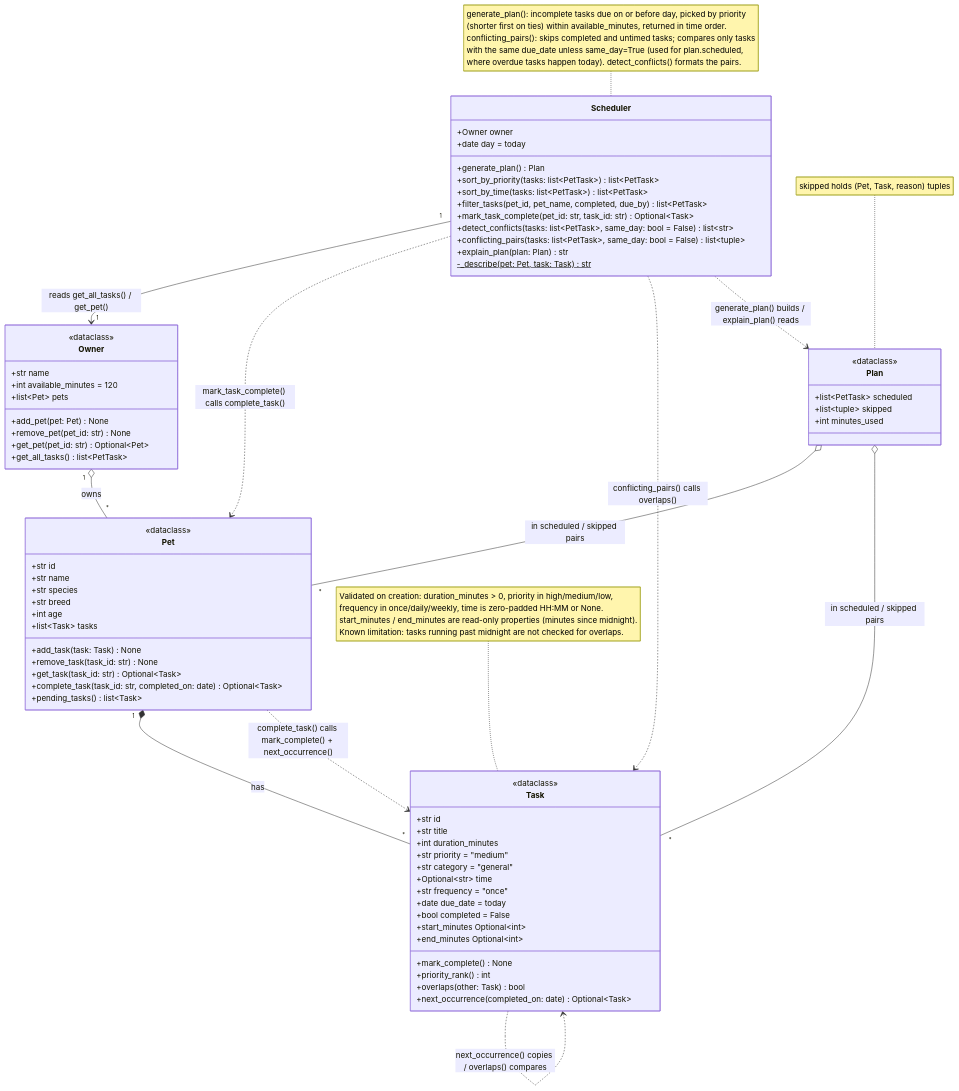
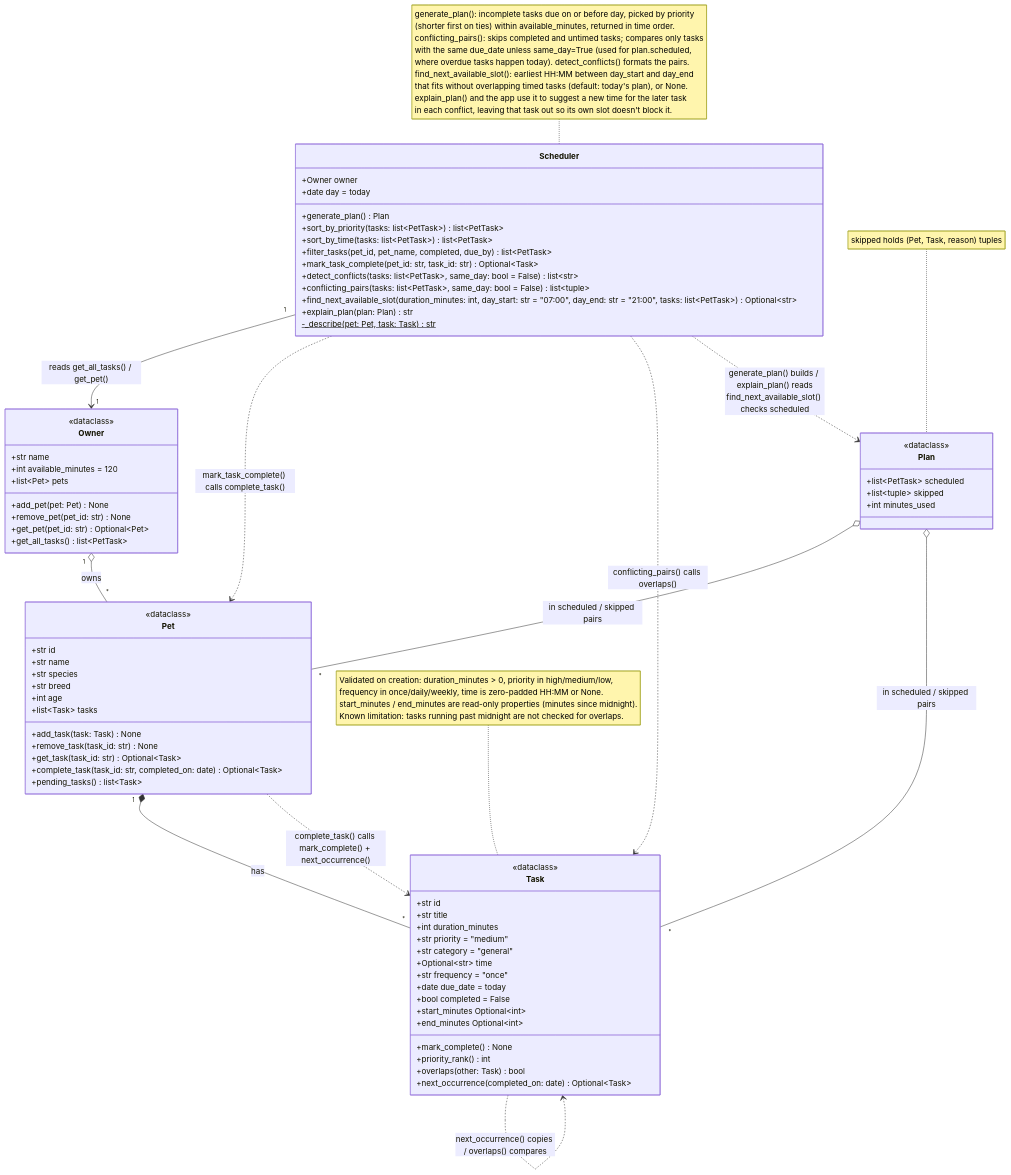
Before and after one commit to pavankalyan1436/ai110-module2show-pawpal-starter: the diagram in diagrams/uml_final.mmd, drawn with Mermaid. The commit also changed 7 other files, not shown here.

Commit message:
feat: add next-available-slot suggestions for conflicts

```diff
--- a/diagrams/uml_final.mmd
+++ b/diagrams/uml_final.mmd
@@ -1,84 +1,85 @@
 classDiagram
     %% Final UML: matches pawpal_system.py as built.
     %% PetTask = tuple(Pet, Task), the pair Owner.get_all_tasks() returns.
 
     class Owner {
         <<dataclass>>
         +str name
         +int available_minutes = 120
         +list~Pet~ pets
         +add_pet(pet: Pet) None
         +remove_pet(pet_id: str) None
         +get_pet(pet_id: str) Optional~Pet~
         +get_all_tasks() list~PetTask~
     }
 
     class Pet {
         <<dataclass>>
         +str id
         +str name
         +str species
         +str breed
         +int age
         +list~Task~ tasks
         +add_task(task: Task) None
         +remove_task(task_id: str) None
         +get_task(task_id: str) Optional~Task~
         +complete_task(task_id: str, completed_on: date) Optional~Task~
         +pending_tasks() list~Task~
     }
 
     class Task {
         <<dataclass>>
         +str id
         +str title
         +int duration_minutes
         +str priority = "medium"
         +str category = "general"
         +Optional~str~ time
         +str frequency = "once"
         +date due_date = today
         +bool completed = False
         +start_minutes Optional~int~
         +end_minutes Optional~int~
         +mark_complete() None
         +priority_rank() int
         +overlaps(other: Task) bool
         +next_occurrence(completed_on: date) Optional~Task~
     }
 
     class Plan {
         <<dataclass>>
         +list~PetTask~ scheduled
         +list~tuple~ skipped
         +int minutes_used
     }
 
     class Scheduler {
         +Owner owner
         +date day = today
         +generate_plan() Plan
         +sort_by_priority(tasks: list~PetTask~) list~PetTask~
         +sort_by_time(tasks: list~PetTask~) list~PetTask~
         +filter_tasks(pet_id, pet_name, completed, due_by) list~PetTask~
         +mark_task_complete(pet_id: str, task_id: str) Optional~Task~
         +detect_conflicts(tasks: list~PetTask~, same_day: bool = False) list~str~
         +conflicting_pairs(tasks: list~PetTask~, same_day: bool = False) list~tuple~
+        +find_next_available_slot(duration_minutes: int, day_start: str = "07:00", day_end: str = "21:00", tasks: list~PetTask~) Optional~str~
         +explain_plan(plan: Plan) str
         -_describe(pet: Pet, task: Task)$ str
     }
 
     Owner "1" o-- "*" Pet : owns
     Pet "1" *-- "*" Task : has
     Pet ..> Task : complete_task() calls mark_complete() + next_occurrence()
     Task ..> Task : next_occurrence() copies / overlaps() compares
     Scheduler "1" --> "1" Owner : reads get_all_tasks() / get_pet()
     Scheduler ..> Pet : mark_task_complete() calls complete_task()
     Scheduler ..> Task : conflicting_pairs() calls overlaps()
-    Scheduler ..> Plan : generate_plan() builds / explain_plan() reads
+    Scheduler ..> Plan : generate_plan() builds / explain_plan() reads<br>find_next_available_slot() checks scheduled
     Plan o-- "*" Pet : in scheduled / skipped pairs
     Plan o-- "*" Task : in scheduled / skipped pairs
 
     note for Task "Validated on creation: duration_minutes > 0, priority in high/medium/low,<br>frequency in once/daily/weekly, time is zero-padded HH:MM or None.<br>start_minutes / end_minutes are read-only properties (minutes since midnight).<br>Known limitation: tasks running past midnight are not checked for overlaps."
-    note for Scheduler "generate_plan(): incomplete tasks due on or before day, picked by priority<br>(shorter first on ties) within available_minutes, returned in time order.<br>conflicting_pairs(): skips completed and untimed tasks; compares only tasks<br>with the same due_date unless same_day=True (used for plan.scheduled,<br>where overdue tasks happen today). detect_conflicts() formats the pairs."
+    note for Scheduler "generate_plan(): incomplete tasks due on or before day, picked by priority<br>(shorter first on ties) within available_minutes, returned in time order.<br>conflicting_pairs(): skips completed and untimed tasks; compares only tasks<br>with the same due_date unless same_day=True (used for plan.scheduled,<br>where overdue tasks happen today). detect_conflicts() formats the pairs.<br>find_next_available_slot(): earliest HH:MM between day_start and day_end<br>that fits without overlapping timed tasks (default: today's plan), or None.<br>explain_plan() and the app use it to suggest a new time for the later task<br>in each conflict, leaving that task out so its own slot doesn't block it."
     note for Plan "skipped holds (Pet, Task, reason) tuples"
```
